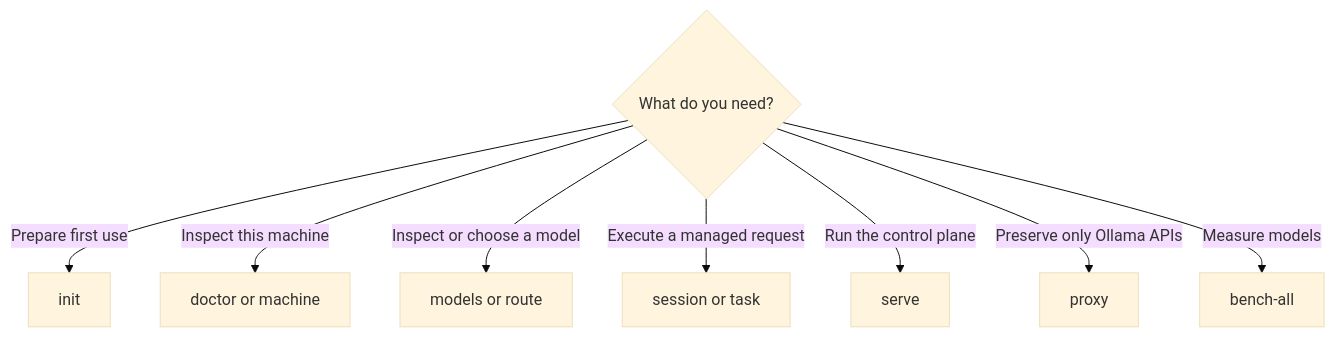
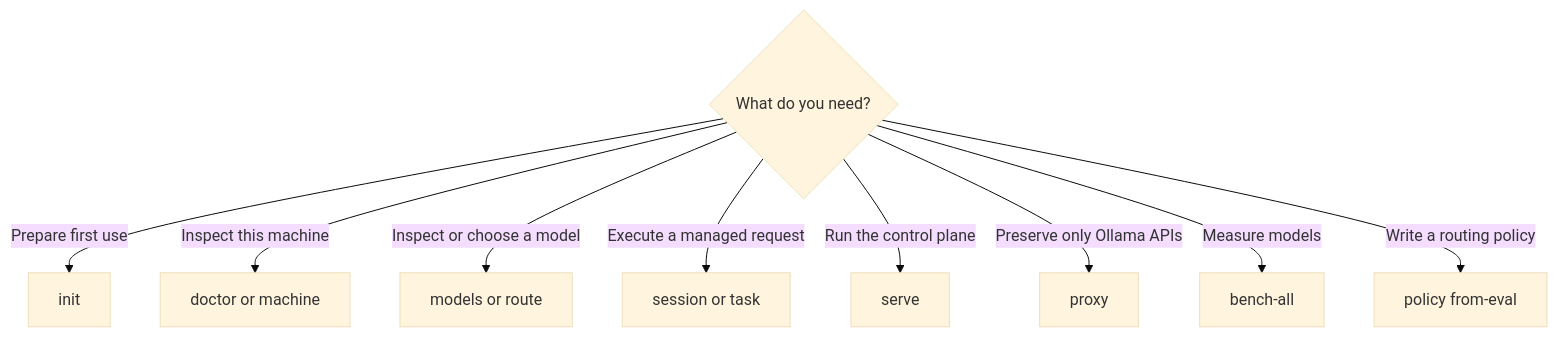
One commit to bgauryy/FreeLlama changed the first of 2 diagrams in docs/CLI.md. Above: the diagram before and after it, drawn with Mermaid (base theme). The commit also changed other lines of this file and 154 other files, not shown here.

````diff
--- a/docs/CLI.md
+++ b/docs/CLI.md
@@ -10,11 +10,12 @@
 ```mermaid
 flowchart TD
     Q{"What do you need?"}
     Q -->|"Prepare first use"| I["init"]
     Q -->|"Inspect this machine"| D["doctor or machine"]
     Q -->|"Inspect or choose a model"| M["models or route"]
     Q -->|"Execute a managed request"| T["session or task"]
     Q -->|"Run the control plane"| S["serve"]
     Q -->|"Preserve only Ollama APIs"| P["proxy"]
     Q -->|"Measure models"| B["bench-all"]
+    Q -->|"Write a routing policy"| PE["policy from-eval"]
 ```
````
